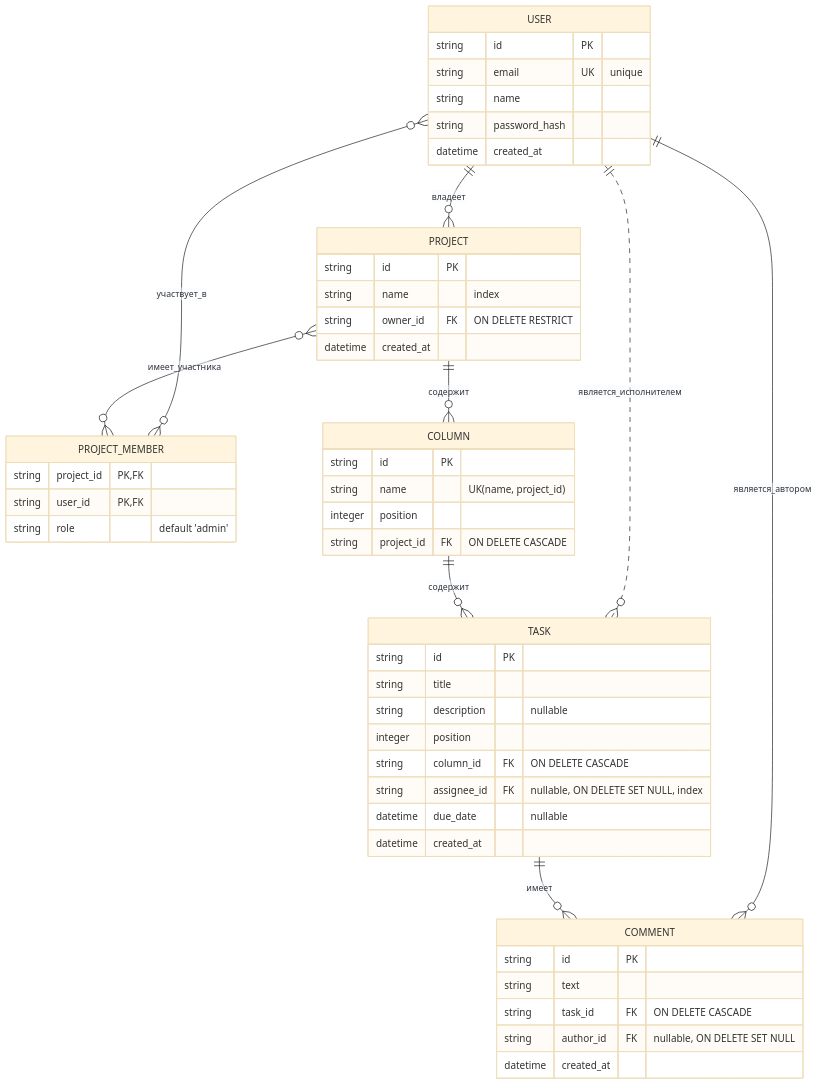
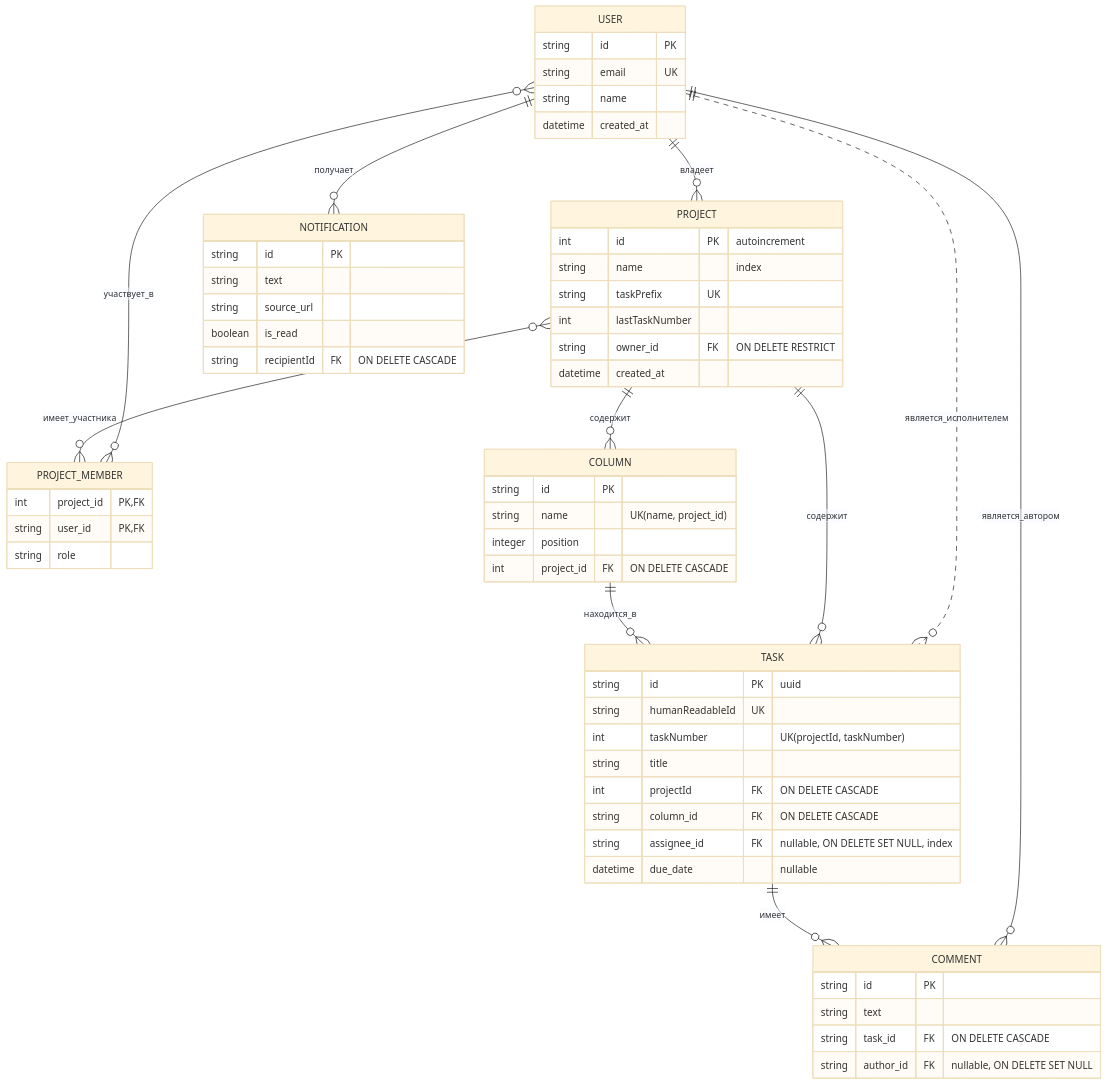
Before and after one commit to smart-tinker/mutabor: the diagram in docs/Database Schema.md, drawn with Mermaid (base theme). The commit also changed other lines of this file and 23 other files, not shown here.

````diff
--- a/docs/Database Schema.md
+++ b/docs/Database Schema.md
@@ -7,59 +7,68 @@
 ```mermaid
 erDiagram
     USER {
         string id PK
-        string email UK "unique"
+        string email UK
         string name
-        string password_hash
         datetime created_at
     }
 
     PROJECT {
-        string id PK
+        int id PK "autoincrement"
         string name "index"
+        string taskPrefix UK
+        int lastTaskNumber
         string owner_id FK "ON DELETE RESTRICT"
         datetime created_at
     }
 
     PROJECT_MEMBER {
-        string project_id PK, FK
+        int project_id PK, FK
         string user_id PK, FK
-        string role "default 'admin'"
+        string role
     }
 
     "COLUMN" {
         string id PK
         string name "UK(name, project_id)"
         integer position
-        string project_id FK "ON DELETE CASCADE"
+        int project_id FK "ON DELETE CASCADE"
     }
 
     TASK {
-        string id PK
+        string id PK "uuid"
+        string humanReadableId UK
+        int taskNumber "UK(projectId, taskNumber)"
         string title
-        string description "nullable"
-        integer position
+        int projectId FK "ON DELETE CASCADE"
         string column_id FK "ON DELETE CASCADE"
         string assignee_id FK "nullable, ON DELETE SET NULL, index"
         datetime due_date "nullable"
-        datetime created_at
     }
 
     COMMENT {
         string id PK
         string text
         string task_id FK "ON DELETE CASCADE"
         string author_id FK "nullable, ON DELETE SET NULL"
-        datetime created_at
+    }
+    
+    NOTIFICATION {
+        string id PK
+        string text
+        string source_url
+        boolean is_read
+        string recipientId FK "ON DELETE CASCADE"
     }
 
     USER ||--o{ PROJECT : "владеет"
     USER ||..o{ TASK : "является_исполнителем"
     USER ||--o{ COMMENT : "является_автором"
     USER }o--o{ PROJECT_MEMBER : "участвует_в"
+    USER ||--o{ NOTIFICATION : "получает"
     PROJECT }o--o{ PROJECT_MEMBER : "имеет_участника"
     PROJECT ||--o{ "COLUMN" : "содержит"
-    "COLUMN" ||--o{ TASK : "содержит"
+    PROJECT ||--o{ TASK : "содержит"
+    "COLUMN" ||--o{ TASK : "находится_в"
     TASK ||--o{ COMMENT : "имеет"
-
 ```
````
